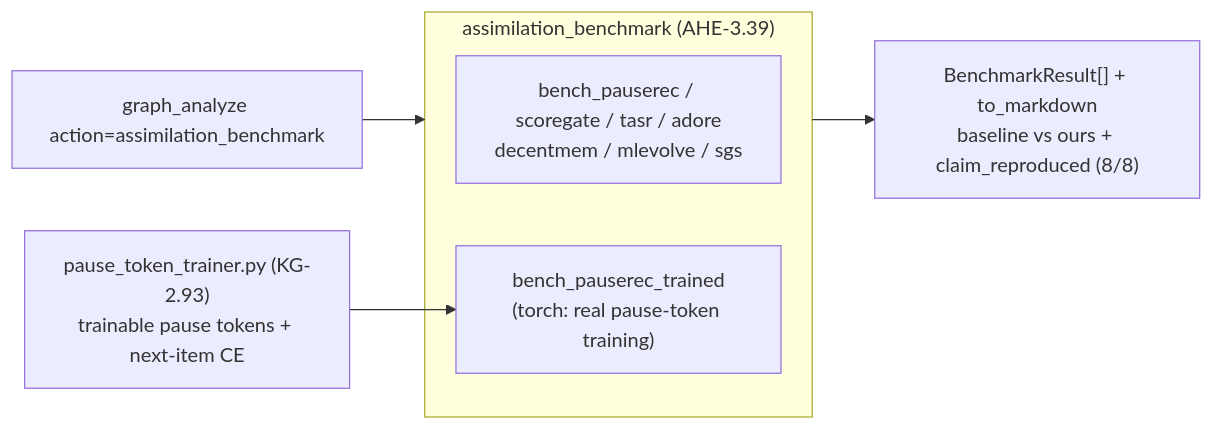
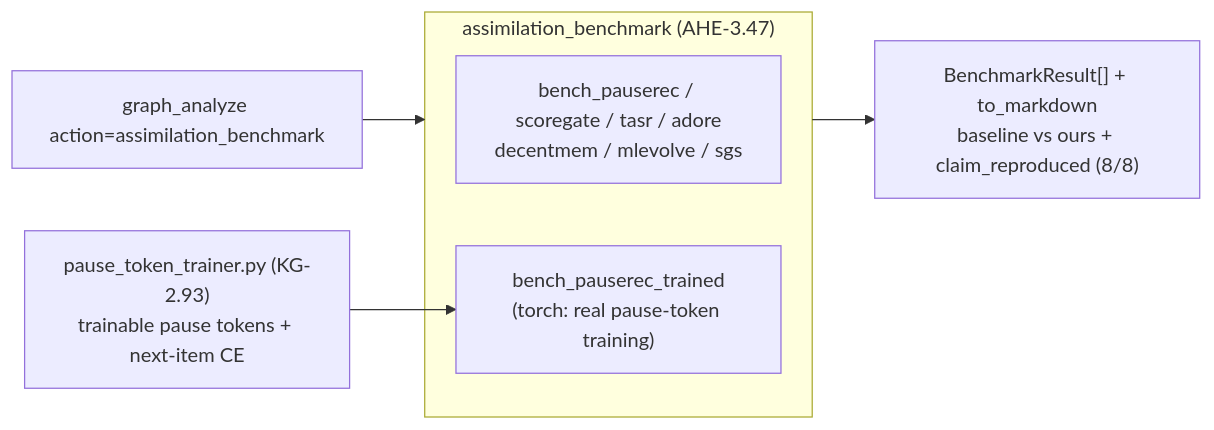
Before and after one commit to Knuckles-Team/agent-utilities: the eighth of 8 diagrams in docs/architecture/multi_source_assimilation.md, drawn with Mermaid. The commit also changed other lines of this file and 5 other files, not shown here.

First line of the commit message:
fix(concepts): renumber AssimilationBenchmark AHE-3.39 -> AHE-3.47 (concurrent collision)

````diff
--- a/docs/architecture/multi_source_assimilation.md
+++ b/docs/architecture/multi_source_assimilation.md
@@ -400,10 +400,10 @@
 ```mermaid
 flowchart LR
-    subgraph BENCH["assimilation_benchmark (AHE-3.39)"]
+    subgraph BENCH["assimilation_benchmark (AHE-3.47)"]
         B1["bench_pauserec / scoregate / tasr / adore<br/>decentmem / mlevolve / sgs"]
         B2["bench_pauserec_trained<br/>(torch: real pause-token training)"]
     end
     SURF["graph_analyze action=assimilation_benchmark"] --> BENCH
     BENCH --> RES["BenchmarkResult[] + to_markdown<br/>baseline vs ours + claim_reproduced (8/8)"]
     PTT["pause_token_trainer.py (KG-2.93)<br/>trainable pause tokens + next-item CE"] --> B2
 ```
````
